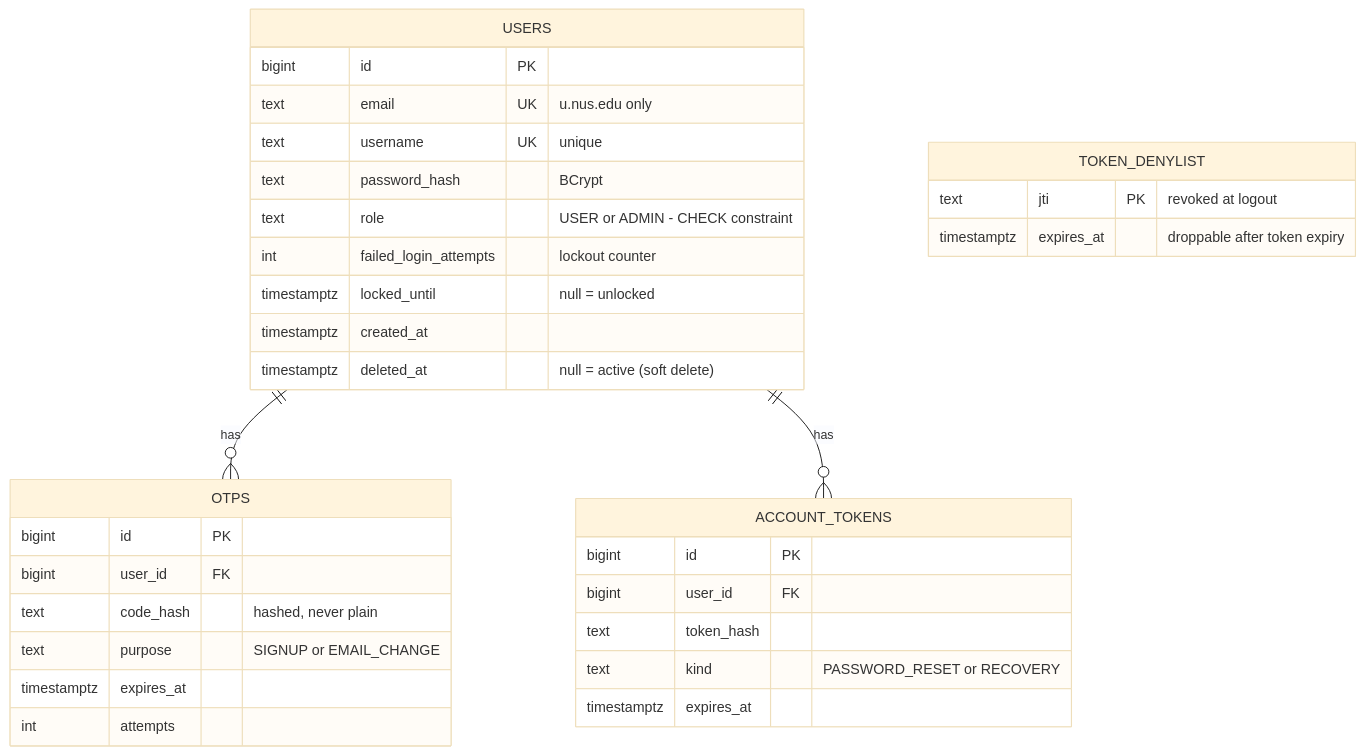
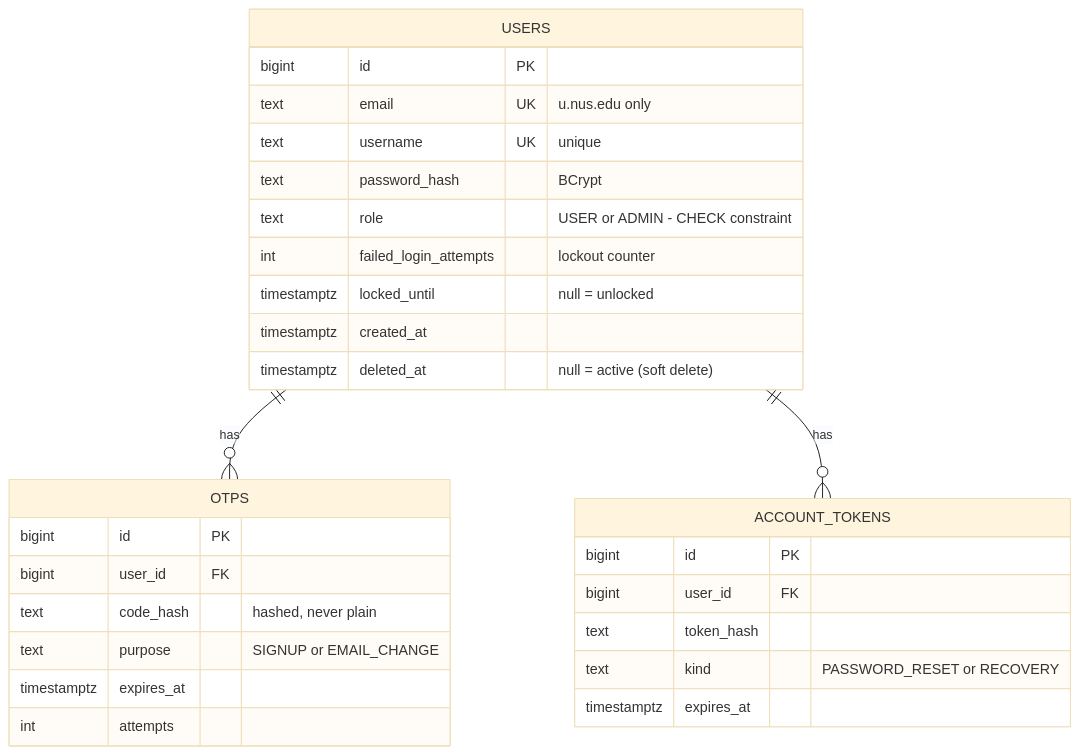
Before and after one commit to AY2627S1-CS3219-P23/foc: the fourth of 9 diagrams in docs/d2-design.md, drawn with Mermaid (base theme). The commit also changed other lines of this file and 2 other files, not shown here.

First line of the commit message:
docs: record shared Redis revocation store for logout scope

````diff
--- a/docs/d2-design.md
+++ b/docs/d2-design.md
@@ -137,35 +146,31 @@
 ```mermaid
 erDiagram
     USERS {
         bigint id PK
         text email UK "u.nus.edu only"
         text username UK "unique"
         text password_hash "BCrypt"
         text role "USER or ADMIN - CHECK constraint"
         int failed_login_attempts "lockout counter"
         timestamptz locked_until "null = unlocked"
         timestamptz created_at
         timestamptz deleted_at "null = active (soft delete)"
     }
     OTPS {
         bigint id PK
         bigint user_id FK
         text code_hash "hashed, never plain"
         text purpose "SIGNUP or EMAIL_CHANGE"
         timestamptz expires_at
         int attempts
     }
     ACCOUNT_TOKENS {
         bigint id PK
         bigint user_id FK
         text token_hash
         text kind "PASSWORD_RESET or RECOVERY"
         timestamptz expires_at
     }
-    TOKEN_DENYLIST {
-        text jti PK "revoked at logout"
-        timestamptz expires_at "droppable after token expiry"
-    }
     USERS ||--o{ OTPS : "has"
     USERS ||--o{ ACCOUNT_TOKENS : "has"
 ```
````
